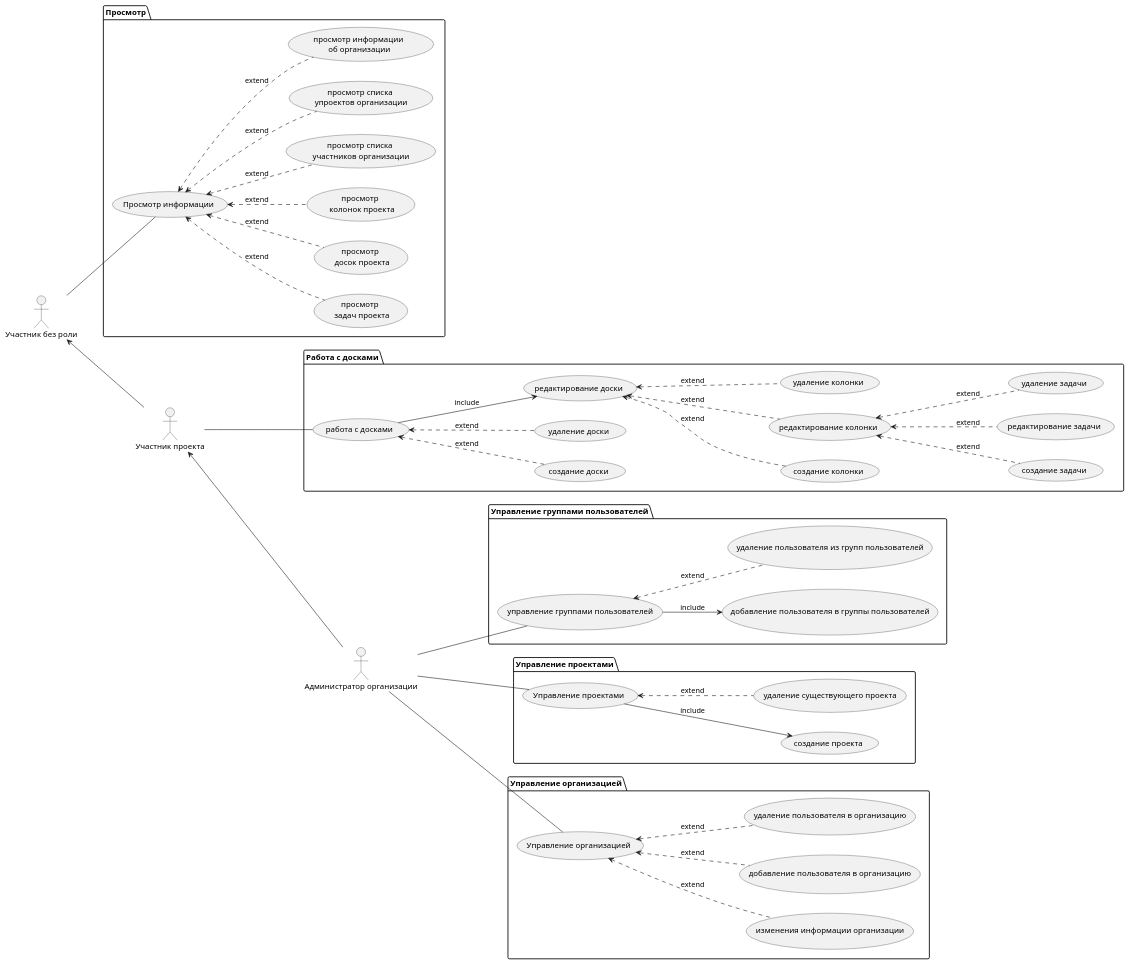
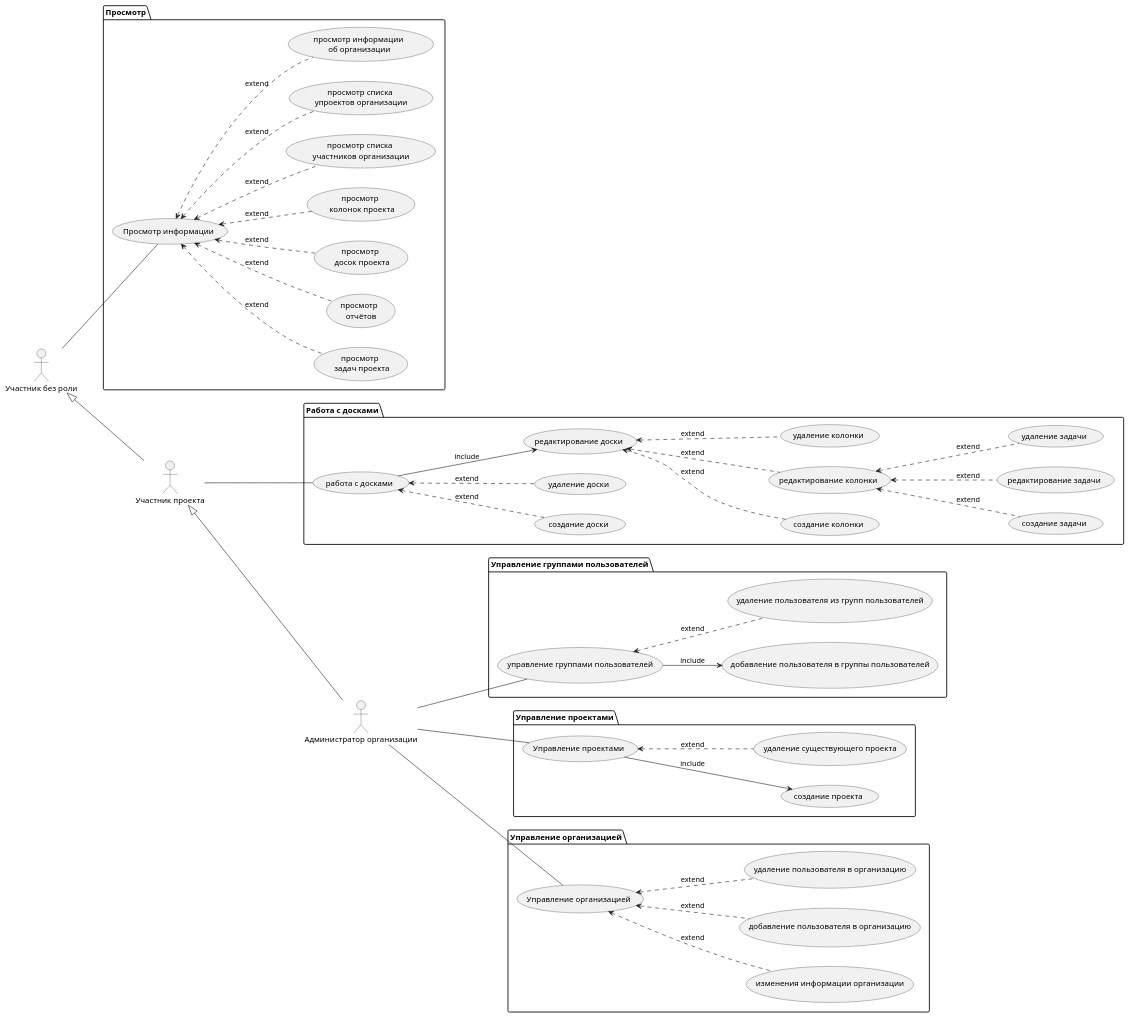
The diagram in doc/diagrams/use case/user use case.puml (HandsAndKeyboards/TFlic), drawn with PlantUML before and after one commit. The commit also changed 1 other file, not shown here.

Commit message:
Немного изменена диаграмма use case и class

```diff
--- a/doc/diagrams/use case/user use case.puml
+++ b/doc/diagrams/use case/user use case.puml
@@ -1,100 +1,101 @@
 @startuml
 left to right direction
     
 :Участник проекта: as member
 :Участник без роли: as member2
 
-member -u-> member2
+member -u-|> member2
 package "Просмотр" {
     (Просмотр информации) as watch
         member2 -- watch
         
     watch <.. (просмотр \n задач проекта): extend
+    watch <.. (просмотр \n отчётов): extend
     watch <.. (просмотр \n досок проекта): extend
     watch <.. (просмотр \n колонок проекта): extend
     watch <.. (просмотр списка \nучастников организации): extend
     watch <.. (просмотр списка \nупроектов организации): extend
     watch <.. (просмотр информации \nоб организации): extend
 }
 
 package "Работа с досками" {
     (работа с досками) as workOnBoards
     member -- workOnBoards
     
     workOnBoards <.. (создание доски) : extend
     workOnBoards <.. (удаление доски) : extend
     
     (редактирование доски) as boardEdit
     workOnBoards --> boardEdit : include
     
     boardEdit <.. (создание колонки) : extend
     boardEdit <.. (редактирование колонки) : extend
     boardEdit <.. (удаление колонки) : extend
     
     '(редактирование колонки) <.. (настройка максимального \n количества задач в колонке) : extend
     (редактирование колонки) <.. (создание задачи) : extend
     (редактирование колонки) <.. (редактирование задачи) : extend
     (редактирование колонки) <.. (удаление задачи) : extend
 }
 
 'package "Управление проектом" {
 '    (управление проектом) as projectManaging
 '    member -- projectManaging
 '    
 '    projectManaging <.. (редактирование информации о проекте) : extend 
 '}
 
 'package "Работа с задачами" {
 '    (работа с задачами) as workWithTask
 '    member -- workWithTask
 '    workWithTask <.. (помещение задачи в корзину) : extend
 '    workWithTask <.. (оставить комментарий к задаче) : extend
 '    workWithTask --> (принять задачу) : include
 '    
 '    (создать задачу) as createTask
 '    workWithTask --> createTask : include
 '    createTask --> (задать доску размещения задачи) : include
 '    createTask --> (назначить исполнителя задачи) : include
 '    createTask --> (задать текст задачи) : include
 '
 '    (редактирование задачи) as editTask
 '    workWithTask --> editTask : include
 '    editTask <.. (задать доску размещения задачи) : extend
 '    editTask <.. (назначить исполнителя задачи) : extend
 '
 '    editTask <.. (задать текст задачи) : extend
 '    editTask --> (изменить статус задачи) : include
 '}
 
 ':Участник организации: as member 
 :Администратор организации: as adminOrg
-adminOrg -u-> member
+adminOrg -u-|> member
 
 package "Управление группами пользователей" {
     (управление группами пользователей) as userGroupManaging
     adminOrg -- userGroupManaging
     
     userGroupManaging --> (добавление пользователя в группы пользователей) : include
     userGroupManaging <.. (удаление пользователя из групп пользователей) : extend   
 }
 
 package "Управление проектами" {
     (Управление проектами) as projectsManaging
     adminOrg -- projectsManaging
     
     projectsManaging --> (создание проекта) : include
     projectsManaging <.. (удаление существующего проекта) : extend   
 }
 
 package "Управление организацией" {
     (Управление организацией) as orgManaging
     adminOrg -- orgManaging
     
     orgManaging <.. (изменения информации организации) : extend
     orgManaging <.. (добавление пользователя в организацию) : extend   
     orgManaging <.. (удаление пользователя в организацию) : extend   
 }
 
 
 
 @enduml
```
